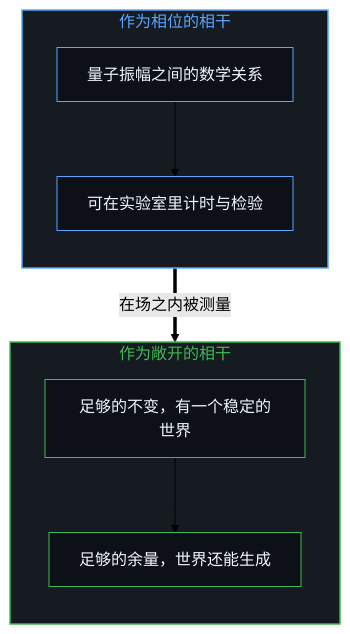
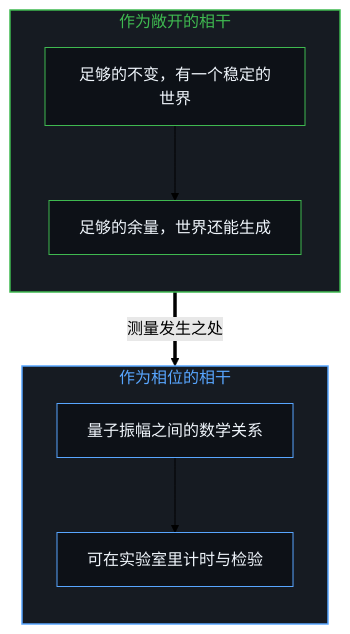
Before and after one commit to powerpig99/not-a-toe: the first of 2 diagrams in content/posts/the-other-coherence.md, drawn with Mermaid (forest theme). The commit also changed other lines of this file and 1 other file, not shown here.

````diff
--- a/content/posts/the-other-coherence.md
+++ b/content/posts/the-other-coherence.md
@@ -51,22 +51,22 @@
 ```mermaid
 flowchart TD
     subgraph S_Phase["作为相位的相干"]
         direction TB
         P1["量子振幅之间的数学关系"]
         P2["可在实验室里计时与检验"]
     end
     subgraph S_Open["作为敞开的相干"]
         direction TB
         O1["足够的不变，有一个稳定的世界"]
         O2["足够的余量，世界还能生成"]
     end
     P1 --> P2
     O1 --> O2
-    P2 ==>|"在场之内被测量"| O1
+    O1 ==>|"测量发生之处"| P2
     style S_Phase fill:#161b22,stroke:#58a6ff,stroke-width:1.5px,color:#58a6ff
     style S_Open fill:#161b22,stroke:#3fb950,stroke-width:1.5px,color:#3fb950
     style P1 fill:#0d1117,stroke:#58a6ff,stroke-width:1px,color:#f0f6fc
     style P2 fill:#0d1117,stroke:#58a6ff,stroke-width:1px,color:#f0f6fc
     style O1 fill:#0d1117,stroke:#3fb950,stroke-width:1px,color:#f0f6fc
     style O2 fill:#0d1117,stroke:#3fb950,stroke-width:1px,color:#f0f6fc
 ```
````
